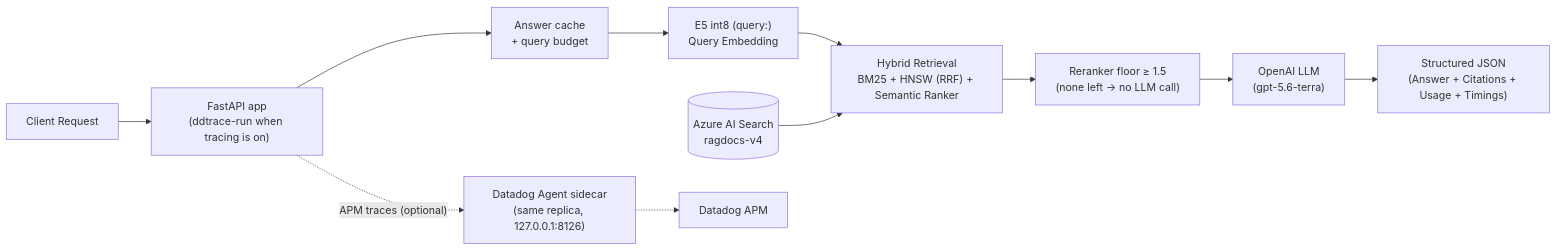
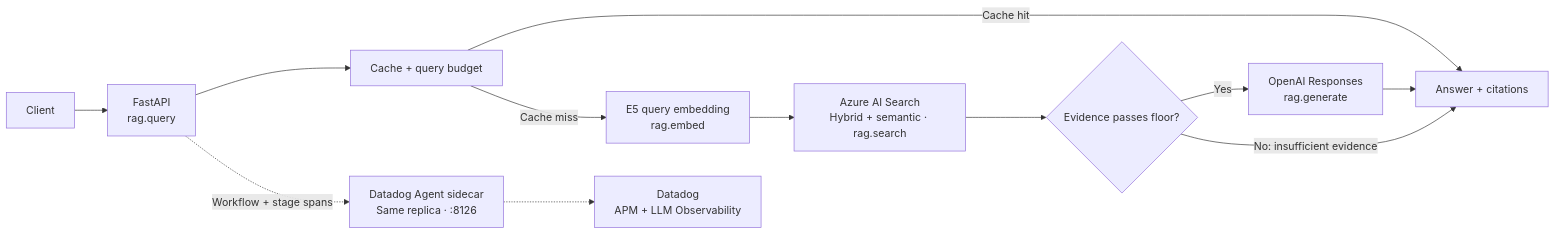
The second of 9 diagrams in README.md (workHMZ/aca-ghcr-cicd-lab), drawn with Mermaid before and after one commit. The commit also changed other lines of this file and 38 other files, not shown here.

First line of the commit message:
feat: release 3.2 with hardened RAG and LLM observability

````diff
--- a/README.md
+++ b/README.md
@@ -142,13 +132,14 @@
 ```mermaid
 flowchart LR
-    Client["Client Request"] --> API["FastAPI app<br/>(ddtrace-run when tracing is on)"]
-    API --> Guard["Answer cache<br/>+ query budget"]
-    Guard --> QVec["E5 int8 (query:)<br/>Query Embedding"]
-    QVec --> Hybrid["Hybrid Retrieval<br/>BM25 + HNSW (RRF) + Semantic Ranker"]
-    Index[("Azure AI Search<br/>ragdocs-v4")] --> Hybrid
-    Hybrid --> Floor["Reranker floor ≥ 1.5<br/>(none left → no LLM call)"]
-    Floor --> LLM["OpenAI LLM<br/>(gpt-5.6-terra)"]
-    LLM --> Response["Structured JSON<br/>(Answer + Citations + Usage + Timings)"]
-    API -. "APM traces (optional)" .-> Agent["Datadog Agent sidecar<br/>(same replica, 127.0.0.1:8126)"]
-    Agent -.-> APM["Datadog APM"]
+    Client["Client"] --> API["FastAPI<br/>rag.query"]
+    API --> Guard["Cache + query budget"]
+    Guard -- "Cache hit" --> Response["Answer + citations"]
+    Guard -- "Cache miss" --> QVec["E5 query embedding<br/>rag.embed"]
+    QVec --> Search["Azure AI Search<br/>Hybrid + semantic · rag.search"]
+    Search --> Evidence{"Evidence passes floor?"}
+    Evidence -- "Yes" --> LLM["OpenAI Responses<br/>rag.generate"]
+    Evidence -- "No: insufficient evidence" --> Response
+    LLM --> Response
+    API -. "Workflow + stage spans" .-> Agent["Datadog Agent sidecar<br/>Same replica · :8126"]
+    Agent -.-> DD["Datadog<br/>APM + LLM Observability"]
 ```
````
